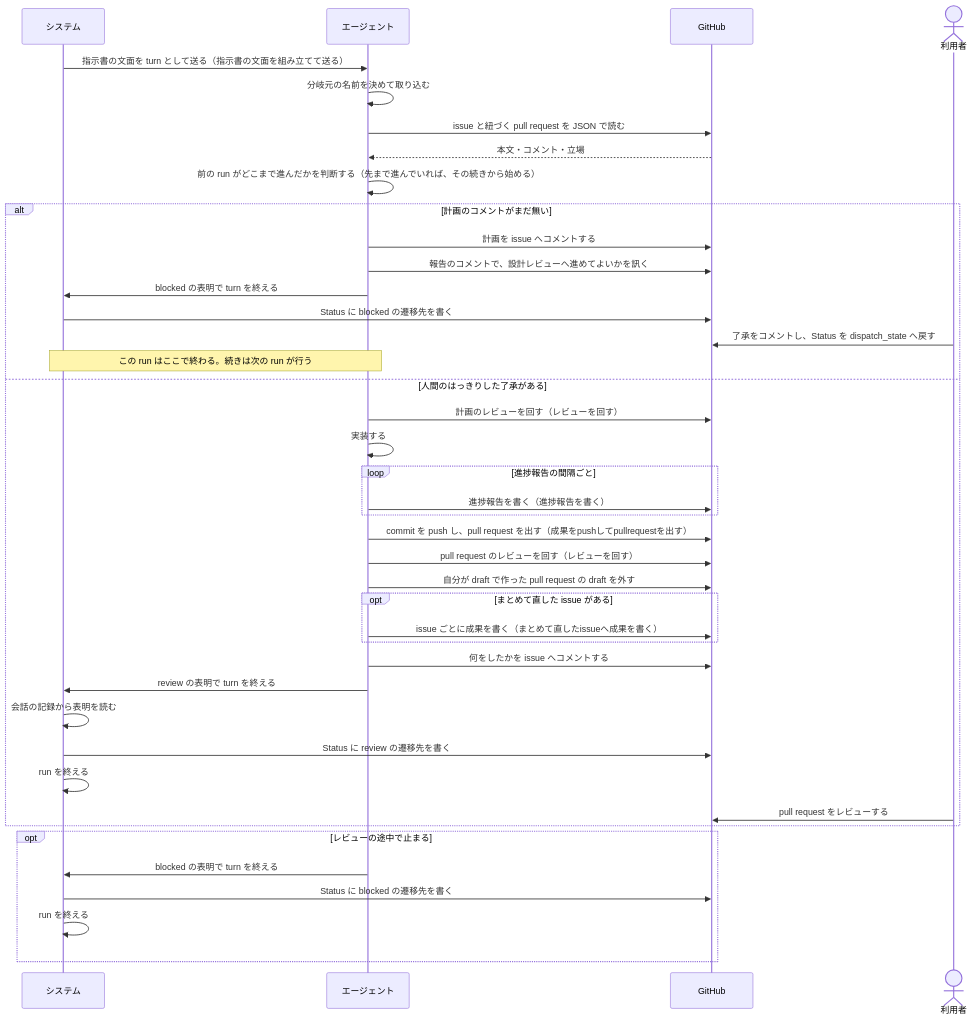
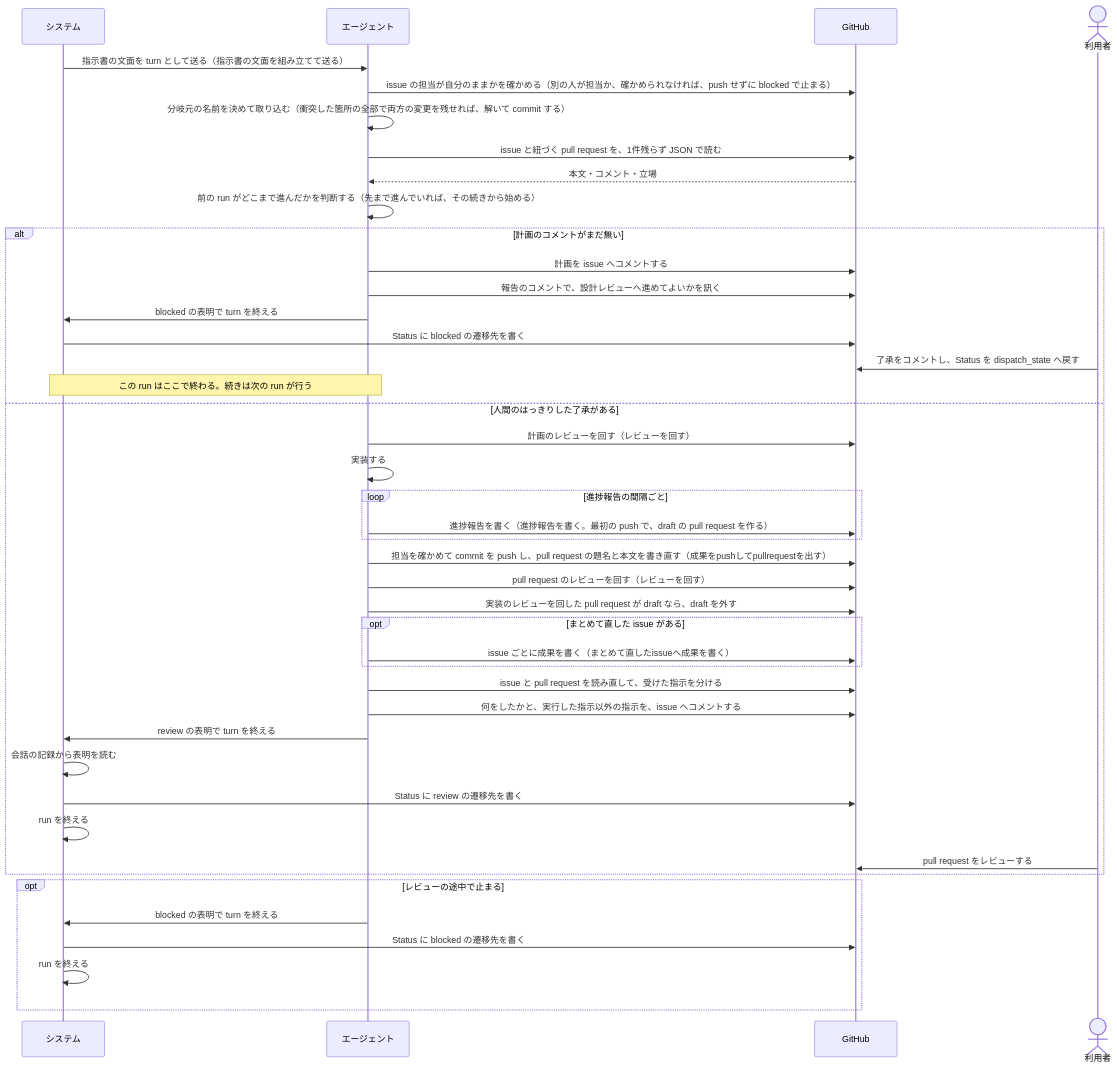
The first of 2 diagrams in docs/spec/usecases/particular_case/指示書に沿ってissueを1件仕上げる.rucm.md (maimuzo/continuo), drawn with Mermaid before and after one commit. The commit also changed other lines of this file and 14 other files, not shown here.

Commit message:
ユースケース記述を新しい指示書へ合わせる 担当の確認と衝突の扱いと draft の pull request を RUCM 4本へ写し 指示書の曖昧だった3文を言い切る

````diff
--- a/docs/spec/usecases/particular_case/指示書に沿ってissueを1件仕上げる.rucm.md
+++ b/docs/spec/usecases/particular_case/指示書に沿ってissueを1件仕上げる.rucm.md
@@ -282,44 +314,46 @@
 ```mermaid
 sequenceDiagram
     participant S as システム
     participant CC as エージェント
     participant GH as GitHub
     actor U as 利用者
 
     S->>CC: 指示書の文面を turn として送る（指示書の文面を組み立てて送る）
-    CC->>CC: 分岐元の名前を決めて取り込む
-    CC->>GH: issue と紐づく pull request を JSON で読む
+    CC->>GH: issue の担当が自分のままかを確かめる（別の人が担当か、確かめられなければ、push せずに blocked で止まる）
+    CC->>CC: 分岐元の名前を決めて取り込む（衝突した箇所の全部で両方の変更を残せれば、解いて commit する）
+    CC->>GH: issue と紐づく pull request を、1件残らず JSON で読む
     GH-->>CC: 本文・コメント・立場
     CC->>CC: 前の run がどこまで進んだかを判断する（先まで進んでいれば、その続きから始める）
     alt 計画のコメントがまだ無い
         CC->>GH: 計画を issue へコメントする
         CC->>GH: 報告のコメントで、設計レビューへ進めてよいかを訊く
         CC->>S: blocked の表明で turn を終える
         S->>GH: Status に blocked の遷移先を書く
         U->>GH: 了承をコメントし、Status を dispatch_state へ戻す
         Note over S,CC: この run はここで終わる。続きは次の run が行う
     else 人間のはっきりした了承がある
         CC->>GH: 計画のレビューを回す（レビューを回す）
         CC->>CC: 実装する
         loop 進捗報告の間隔ごと
-            CC->>GH: 進捗報告を書く（進捗報告を書く）
+            CC->>GH: 進捗報告を書く（進捗報告を書く。最初の push で、draft の pull request を作る）
         end
-        CC->>GH: commit を push し、pull request を出す（成果をpushしてpullrequestを出す）
+        CC->>GH: 担当を確かめて commit を push し、pull request の題名と本文を書き直す（成果をpushしてpullrequestを出す）
         CC->>GH: pull request のレビューを回す（レビューを回す）
-        CC->>GH: 自分が draft で作った pull request の draft を外す
+        CC->>GH: 実装のレビューを回した pull request が draft なら、draft を外す
         opt まとめて直した issue がある
             CC->>GH: issue ごとに成果を書く（まとめて直したissueへ成果を書く）
         end
-        CC->>GH: 何をしたかを issue へコメントする
+        CC->>GH: issue と pull request を読み直して、受けた指示を分ける
+        CC->>GH: 何をしたかと、実行した指示以外の指示を、issue へコメントする
         CC->>S: review の表明で turn を終える
         S->>S: 会話の記録から表明を読む
         S->>GH: Status に review の遷移先を書く
         S->>S: run を終える
         U->>GH: pull request をレビューする
     end
     opt レビューの途中で止まる
         CC->>S: blocked の表明で turn を終える
         S->>GH: Status に blocked の遷移先を書く
         S->>S: run を終える
     end
 ```
````
